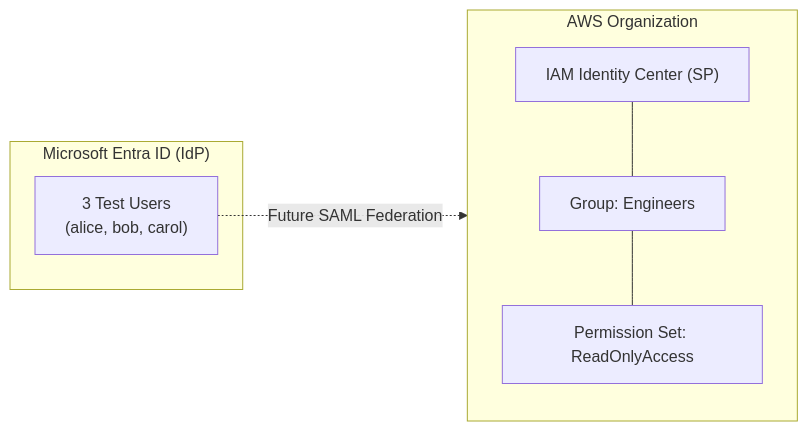
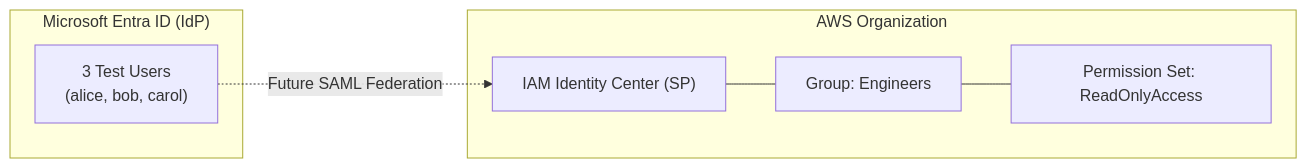
Before and after one commit to CamPrice562/Multi-Cloud-Identity-Baseline: the diagram in README.md, drawn with Mermaid. The commit also changed other lines of this file, not shown here.

````diff
--- a/README.md
+++ b/README.md
@@ -19,18 +19,12 @@
 ```mermaid
 graph LR
     subgraph Entra["Microsoft Entra ID (IdP)"]
         Users["3 Test Users<br>(alice, bob, carol)"]
     end
 
     subgraph AWS["AWS Organization"]
-        direction TB
-        SSO["IAM Identity Center (SP)"]
-        Grp["Group: Engineers"]
-        Perm["Permission Set: ReadOnlyAccess"]
-
-        SSO --- Grp
-        Grp --- Perm
+        SSO["IAM Identity Center (SP)"] --- Grp["Group: Engineers"] --- Perm["Permission Set: ReadOnlyAccess"]
     end
 
     Users -.->|"Future SAML Federation"| SSO
 ```
````
